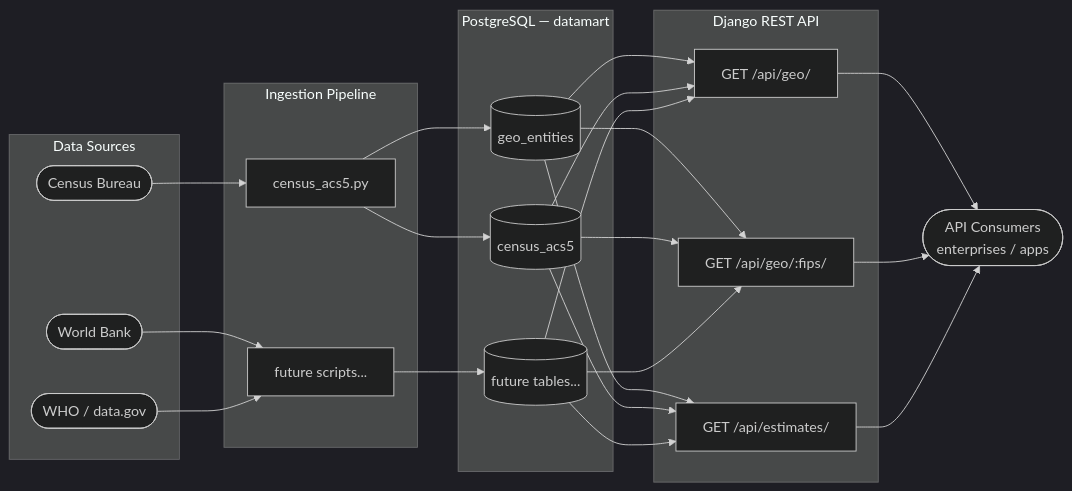
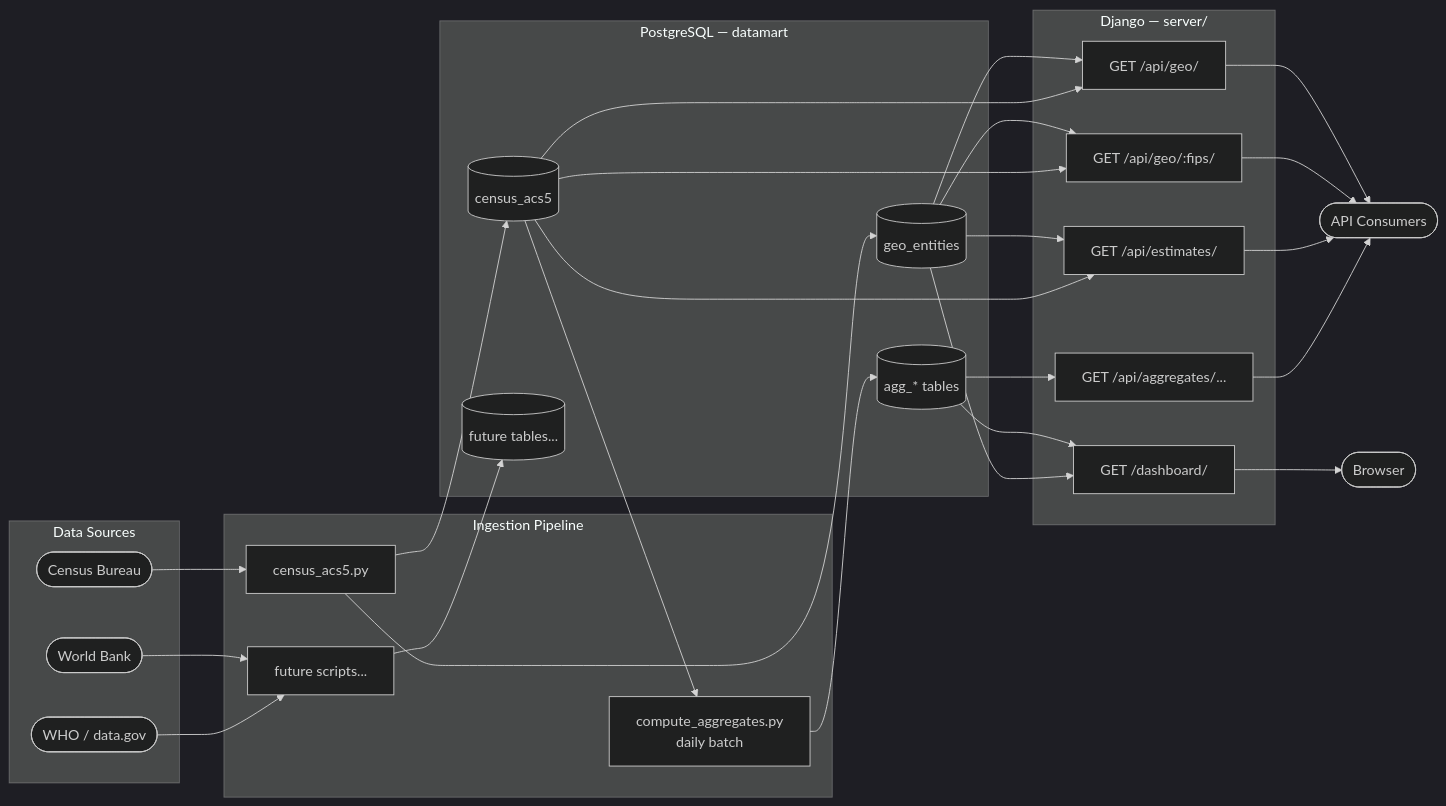
The first of 2 diagrams in DESIGN.md (vsukla/datamart), drawn with Mermaid (dark theme) before and after one commit. The commit also changed other lines of this file, not shown here.

````diff
--- a/DESIGN.md
+++ b/DESIGN.md
@@ -14,34 +14,44 @@
 ```mermaid
 flowchart LR
     subgraph sources ["Data Sources"]
         S1([Census Bureau])
         S2([World Bank])
         S3([WHO / data.gov])
     end
 
     subgraph pipeline ["Ingestion Pipeline"]
         I1[census_acs5.py]
-        I2[future scripts...]
+        I2[compute_aggregates.py\ndaily batch]
+        I3[future scripts...]
     end
 
     subgraph store ["PostgreSQL — datamart"]
         G[(geo_entities)]
         E[(census_acs5)]
+        A[(agg_* tables)]
         F[(future tables...)]
     end
 
-    subgraph api ["Django REST API"]
+    subgraph server ["Django — server/"]
         V1["GET /api/geo/"]
         V2["GET /api/geo/:fips/"]
         V3["GET /api/estimates/"]
+        V4["GET /api/aggregates/..."]
+        V5["GET /dashboard/"]
     end
 
-    C([API Consumers\nenterprises / apps])
+    C([API Consumers])
+    D([Browser])
 
     S1 --> I1
-    S2 & S3 --> I2
+    S2 & S3 --> I3
     I1 --> G & E
-    I2 --> F
-    G & E & F --> V1 & V2 & V3
-    V1 & V2 & V3 --> C
+    E --> I2
+    I2 --> A
+    I3 --> F
+    G & E --> V1 & V2 & V3
+    A --> V4 & V5
+    G --> V5
+    V1 & V2 & V3 & V4 --> C
+    V5 --> D
 ```
````
